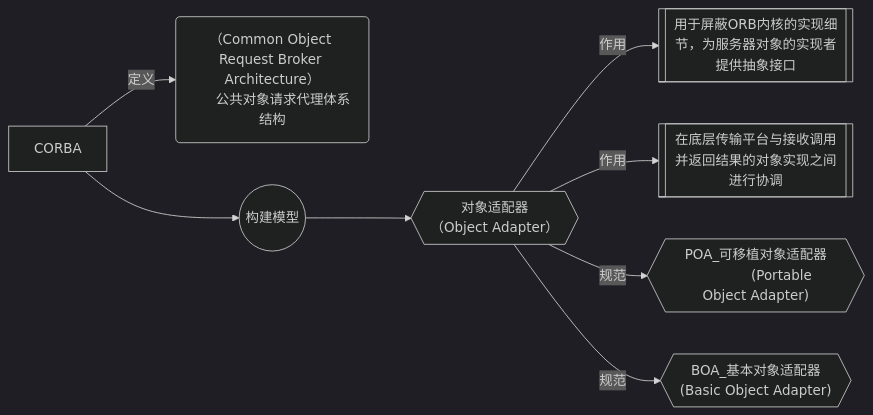
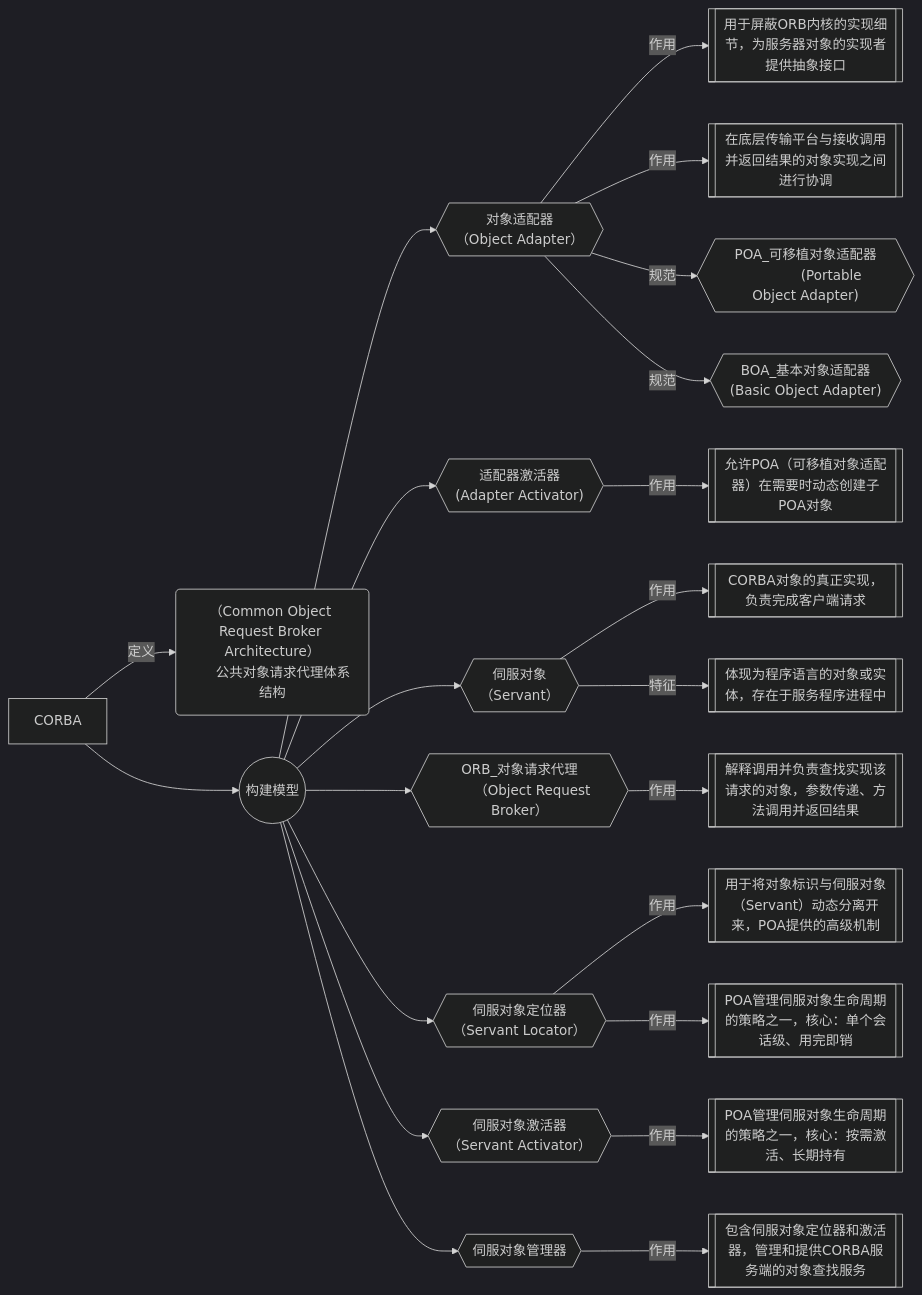
One commit to 290044632/bookmark changed the diagram in 软考复习/CORBA构件模型.md. Above: the diagram before and after it, drawn with Mermaid (dark theme).

Commit message:
新增CORBA构件模型

````diff
--- a/软考复习/CORBA构件模型.md
+++ b/软考复习/CORBA构件模型.md
@@ -3,19 +3,43 @@
 ```mermaid
 flowchart LR
 A["CORBA"]
 A-->|定义|B("（Common Object Request Broker Architecture）
      公共对象请求代理体系结构
      ")
 A-->C((构建模型))
 C-->C1{{"对象适配器
      （Object Adapter）
      "}}
 C1-->|作用|C11[["用于屏蔽ORB内核的实现细节，为服务器对象的实现者提供抽象接口"]]
 C1-->|作用|C12[["在底层传输平台与接收调用并返回结果的对象实现之间进行协调"]]
 C1-->|规范|C13{{"POA_可移植对象适配器
              (Portable Object Adapter)
             "}}
 C1-->|规范|C14{{"BOA_基本对象适配器
              (Basic Object Adapter)
             "}}
+C-->C2{{"适配器激活器
+        (Adapter Activator)
+      "}}
+C2-->|作用|C21[["允许POA（可移植对象适配器）在需要时动态创建子POA对象"]]
+C-->C3{{"伺服对象
+       （Servant）
+      "}}
+C3-->|作用|C31[["CORBA对象的真正实现，负责完成客户端请求"]]
+C3-->|特征|C32[["体现为程序语言的对象或实体，存在于服务程序进程中"]]
+C-->C4{{"ORB_对象请求代理
+       （Object Request Broker）
+      "}}
+C4-->|作用|C41[["解释调用并负责查找实现该请求的对象，参数传递、方法调用并返回结果"]]
+C-->C5{{"伺服对象定位器
+       （Servant Locator）
+      "}}
+C5-->|作用|C51[["用于将对象标识与伺服对象（Servant）动态分离开来，POA提供的高级机制"]]
+C5-->|作用|C52[["POA管理伺服对象生命周期的策略之一，核心：单个会话级、用完即销"]]
+C-->C6{{"伺服对象激活器
+       （Servant Activator）
+      "}}
+C6-->|作用|C61[["POA管理伺服对象生命周期的策略之一，核心：按需激活、长期持有"]]
+C-->C7{{"伺服对象管理器"}}
+C7-->|作用|C71[["包含伺服对象定位器和激活器，管理和提供CORBA服务端的对象查找服务"]]
 ```
````
